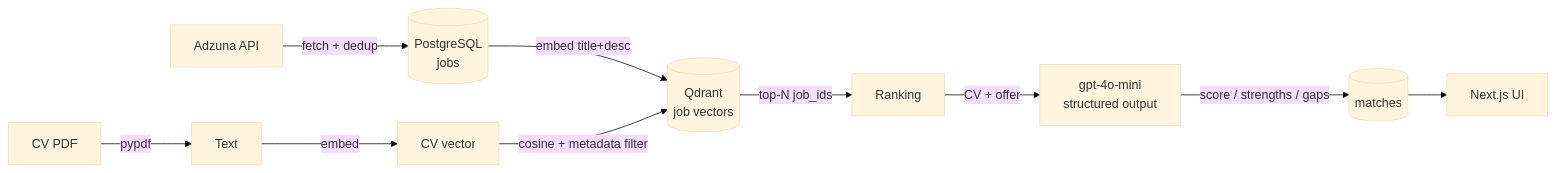
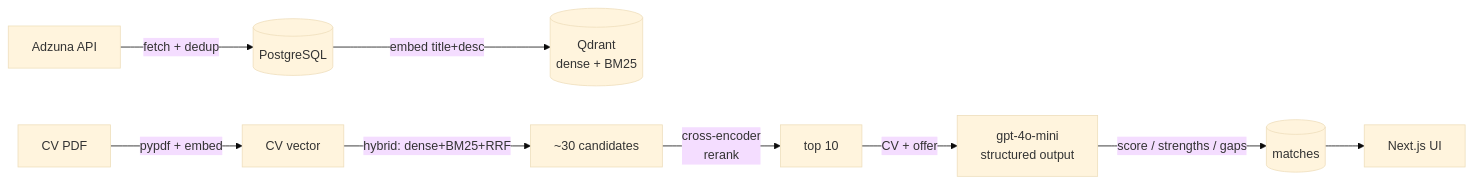
One commit to AdrKra981/matchr changed the diagram in README.md. Above: the diagram before and after it, drawn with Mermaid (base theme). The commit also changed other lines of this file and 13 other files, not shown here.

````diff
--- a/README.md
+++ b/README.md
@@ -25,11 +18,11 @@
 ```mermaid
 flowchart LR
-    CV[CV PDF] -->|pypdf| T[Text] -->|embed| CVE[CV vector]
-    A[Adzuna API] -->|fetch + dedup| PG[(PostgreSQL<br/>jobs)]
-    PG -->|embed title+desc| Q[(Qdrant<br/>job vectors)]
-    CVE -->|cosine + metadata filter| Q
-    Q -->|top-N job_ids| R[Ranking]
-    R -->|CV + offer| LLM[gpt-4o-mini<br/>structured output]
+    CV[CV PDF] -->|pypdf + embed| CVE[CV vector]
+    A[Adzuna API] -->|fetch + dedup| PG[(PostgreSQL)]
+    PG -->|embed title+desc| Q[(Qdrant<br/>dense + BM25)]
+    CVE -->|hybrid: dense+BM25+RRF| R1[~30 candidates]
+    R1 -->|cross-encoder<br/>rerank| R2[top 10]
+    R2 -->|CV + offer| LLM[gpt-4o-mini<br/>structured output]
     LLM -->|score / strengths / gaps| M[(matches)]
     M --> UI[Next.js UI]
 ```
````
